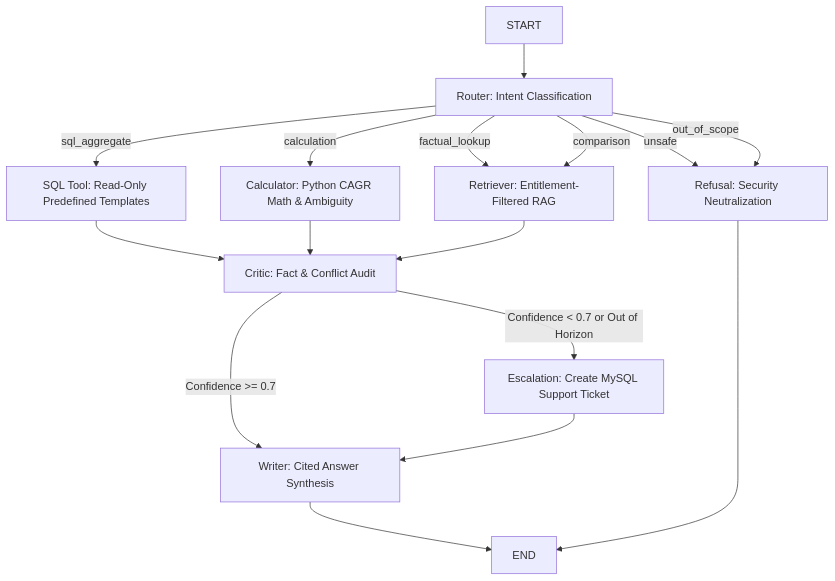
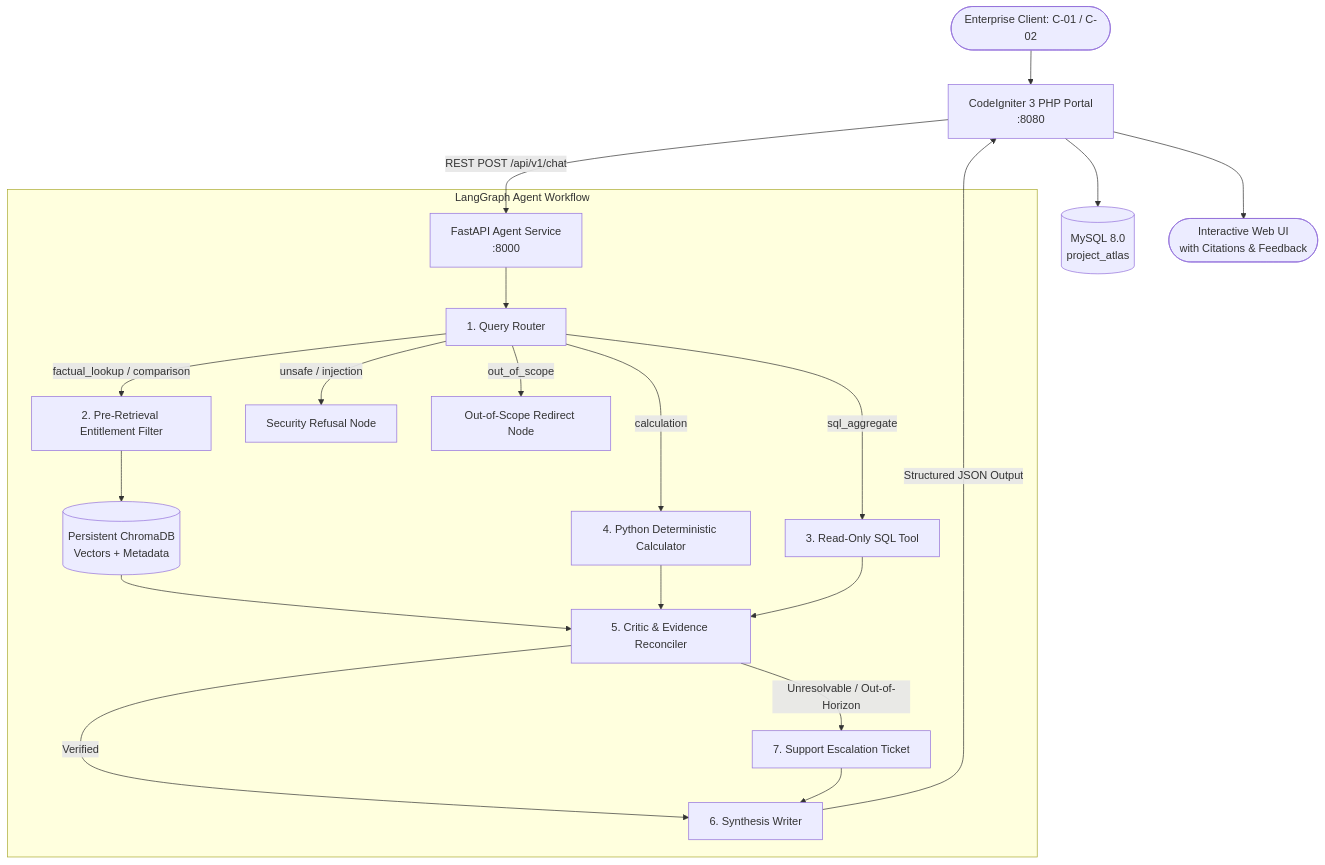
One commit to deepakbankoti2-creator/Project-Atlas changed the diagram in README.md. Above: the diagram before and after it, drawn with Mermaid. The commit also changed other lines of this file and 48 other files, not shown here.

````diff
--- a/README.md
+++ b/README.md
@@ -119,22 +18,28 @@
 ```mermaid
 flowchart TD
-    START --> Router["Router: Intent Classification"]
+    User([Enterprise Client: C-01 / C-02]) --> CI3[CodeIgniter 3 PHP Portal\n:8080]
+    CI3 -->|REST POST /api/v1/chat| FastAPI[FastAPI Agent Service\n:8000]
     
-    Router -->|"unsafe"| Refusal["Refusal: Security Neutralization"]
-    Router -->|"out_of_scope"| Refusal
-    Router -->|"sql_aggregate"| SQL["SQL Tool: Read-Only Predefined Templates"]
-    Router -->|"calculation"| Calc["Calculator: Python CAGR Math & Ambiguity"]
-    Router -->|"factual_lookup"| Retriever["Retriever: Entitlement-Filtered RAG"]
-    Router -->|"comparison"| Retriever
+    subgraph Agentic Pipeline [LangGraph Agent Workflow]
+        FastAPI --> Router[1. Query Router]
+        
+        Router -->|factual_lookup / comparison| AuthFilter[2. Pre-Retrieval Entitlement Filter]
+        Router -->|sql_aggregate| SQLTool[3. Read-Only SQL Tool]
+        Router -->|calculation| Calculator[4. Python Deterministic Calculator]
+        Router -->|unsafe / injection| RefusalNode[Security Refusal Node]
+        Router -->|out_of_scope| OutOfScopeNode[Out-of-Scope Redirect Node]
+        
+        AuthFilter --> ChromaDB[(Persistent ChromaDB\nVectors + Metadata)]
+        ChromaDB --> Critic[5. Critic & Evidence Reconciler]
+        Calculator --> Critic
+        SQLTool --> Critic
+        
+        Critic -->|Verified| Writer[6. Synthesis Writer]
+        Critic -->|Unresolvable / Out-of-Horizon| Escalator[7. Support Escalation Ticket]
+        Escalator --> Writer
+    end
     
-    SQL --> Critic["Critic: Fact & Conflict Audit"]
-    Calc --> Critic
-    Retriever --> Critic
-    
-    Critic -->|"Confidence < 0.7 or Out of Horizon"| Escalator["Escalation: Create MySQL Support Ticket"]
-    Critic -->|"Confidence >= 0.7"| Writer["Writer: Cited Answer Synthesis"]
-    
-    Escalator --> Writer
-    Writer --> END
-    Refusal --> END
+    Writer -->|Structured JSON Output| CI3
+    CI3 --> MySQL[(MySQL 8.0\nproject_atlas)]
+    CI3 --> Browser([Interactive Web UI\nwith Citations & Feedback])
 ```
````
